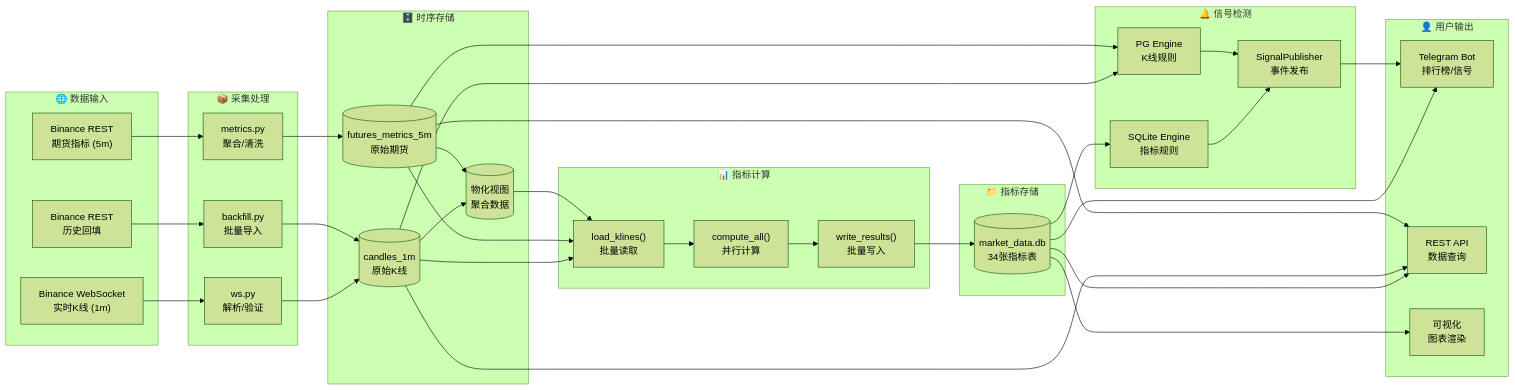
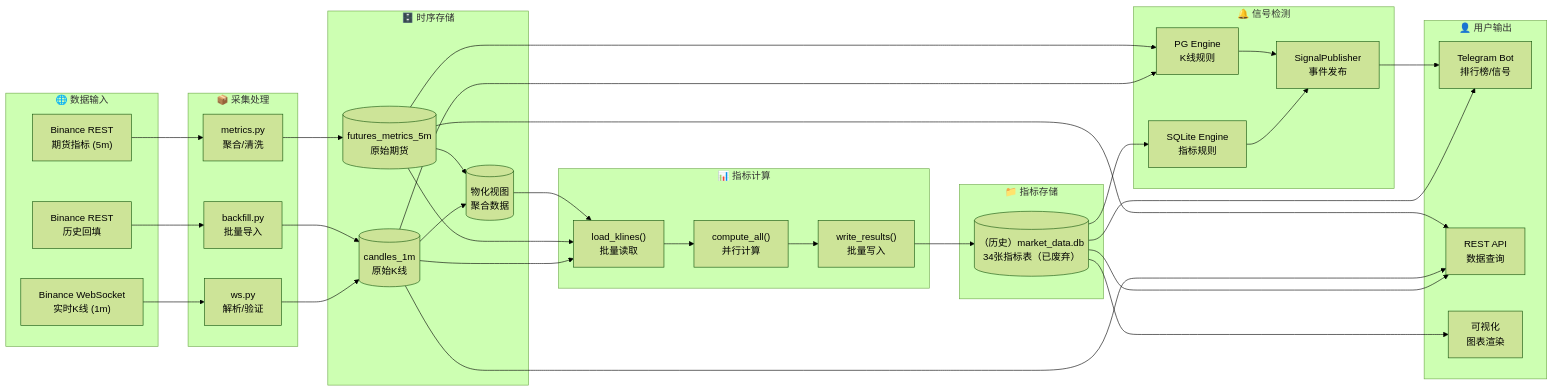
The second of 9 diagrams in assets/docs/analysis/system_architecture_flowchart.md (RogerYet/tradecat), drawn with Mermaid (forest theme) before and after one commit. The commit also changed other lines of this file and 14 other files, not shown here.

````diff
--- a/assets/docs/analysis/system_architecture_flowchart.md
+++ b/assets/docs/analysis/system_architecture_flowchart.md
@@ -330,64 +333,64 @@
 ```mermaid
 graph LR
     subgraph 输入["🌐 数据输入"]
         A1["Binance WebSocket<br>实时K线 (1m)"]
         A2["Binance REST<br>期货指标 (5m)"]
         A3["Binance REST<br>历史回填"]
     end
 
     subgraph 采集["📦 采集处理"]
         B1["ws.py<br>解析/验证"]
         B2["metrics.py<br>聚合/清洗"]
         B3["backfill.py<br>批量导入"]
     end
 
     subgraph 存储["🗄️ 时序存储"]
         C1[("candles_1m<br>原始K线")]
         C2[("futures_metrics_5m<br>原始期货")]
         C3[("物化视图<br>聚合数据")]
     end
 
     subgraph 计算["📊 指标计算"]
         D1["load_klines()<br>批量读取"]
         D2["compute_all()<br>并行计算"]
         D3["write_results()<br>批量写入"]
     end
 
     subgraph 指标存储["📁 指标存储"]
-        E1[("market_data.db<br>34张指标表")]
+        E1[("（历史）market_data.db<br>34张指标表（已废弃）")]
     end
 
     subgraph 信号["🔔 信号检测"]
         F1["SQLite Engine<br>指标规则"]
         F2["PG Engine<br>K线规则"]
         F3["SignalPublisher<br>事件发布"]
     end
 
     subgraph 输出["👤 用户输出"]
         G1["Telegram Bot<br>排行榜/信号"]
         G2["REST API<br>数据查询"]
         G3["可视化<br>图表渲染"]
     end
 
     A1 --> B1 --> C1
     A2 --> B2 --> C2
     A3 --> B3 --> C1
     C1 --> C3
     C2 --> C3
 
     C1 --> D1
     C2 --> D1
     C3 --> D1
     D1 --> D2 --> D3 --> E1
 
     E1 --> F1 --> F3
     C1 --> F2 --> F3
     C2 --> F2
 
     E1 --> G1
     E1 --> G2
     E1 --> G3
     F3 --> G1
     C1 --> G2
     C2 --> G2
 ```
````
